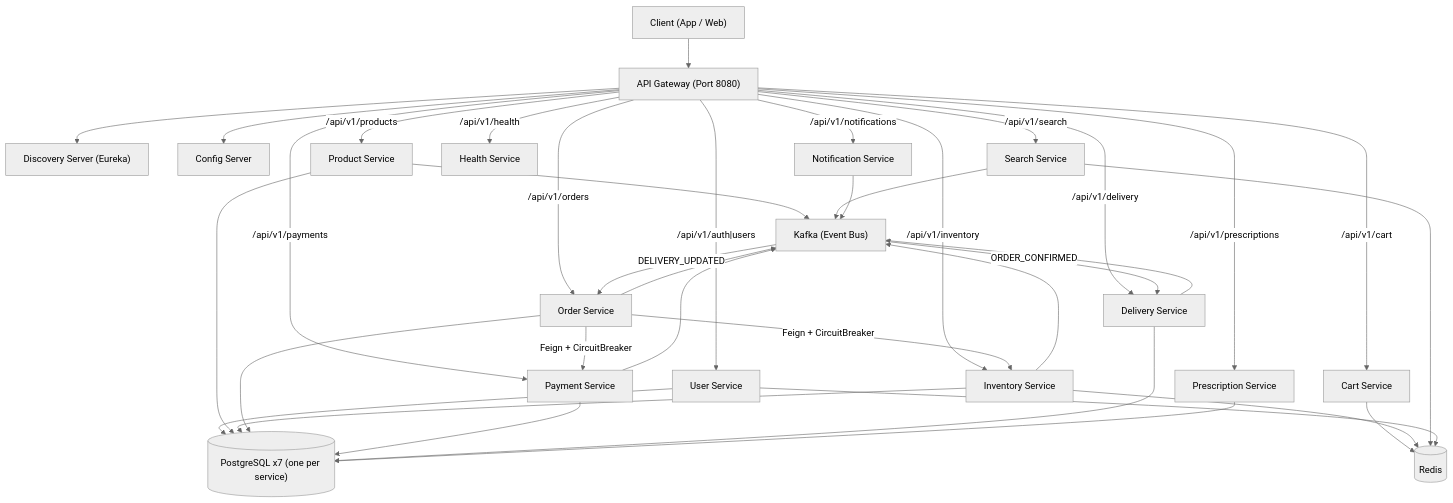
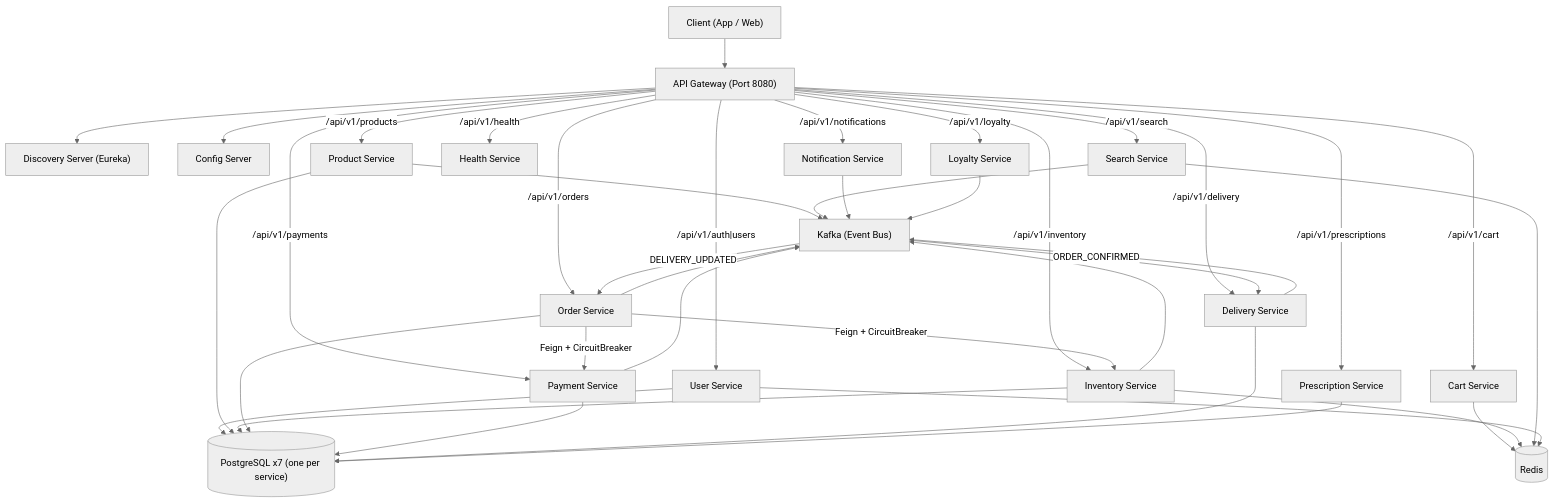
One commit to code-rana-arijit/Medikit changed the first of 3 diagrams in README.md. Above: the diagram before and after it, drawn with Mermaid (neutral theme). The commit also changed other lines of this file and 27 other files, not shown here.

````diff
--- a/README.md
+++ b/README.md
@@ -74,41 +74,43 @@
 ```mermaid
 graph TD
     A["Client (App / Web)"] --> G["API Gateway (Port 8080)"]
     G --> D["Discovery Server (Eureka)"]
     G --> C["Config Server"]
     G -->|"/api/v1/auth|users"| US["User Service"]
     G -->|"/api/v1/products"| PS["Product Service"]
     G -->|"/api/v1/search"| SS["Search Service"]
     G -->|"/api/v1/health"| HS["Health Service"]
+    G -->|"/api/v1/loyalty"| LS["Loyalty Service"]
     G -->|"/api/v1/inventory"| IS["Inventory Service"]
     G -->|"/api/v1/cart"| CS["Cart Service"]
     G -->|"/api/v1/orders"| OS["Order Service"]
     G -->|"/api/v1/payments"| PayS["Payment Service"]
     G -->|"/api/v1/delivery"| DelS["Delivery Service"]
     G -->|"/api/v1/prescriptions"| PreS["Prescription Service"]
     G -->|"/api/v1/notifications"| NS["Notification Service"]
 
     OS -->|"Feign + CircuitBreaker"| IS
     OS -->|"Feign + CircuitBreaker"| PayS
     IS --> PubSub["Kafka (Event Bus)"]
     OS --> PubSub
     PayS --> PubSub
     DelS --> PubSub
     PS --> PubSub
     SS --> PubSub
     NS --> PubSub
+    LS --> PubSub
     PubSub -->|"ORDER_CONFIRMED"| DelS
     PubSub -->|"DELIVERY_UPDATED"| OS
 
     US --> PG1[("PostgreSQL x7 (one per service)")]
     PS --> PG1
     IS --> PG1
     OS --> PG1
     PayS --> PG1
     DelS --> PG1
     PreS --> PG1
     CS --> R[("Redis")]
     IS --> R
     SS --> R
     US --> R
 ```
````
